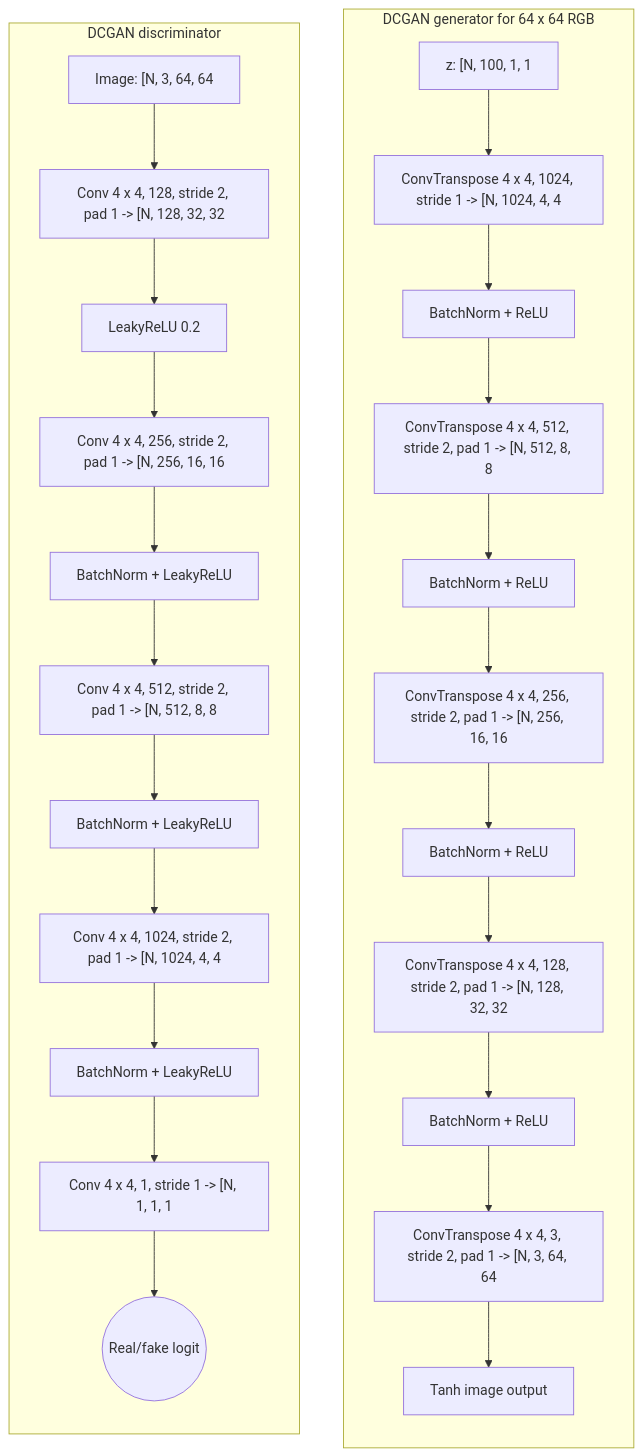
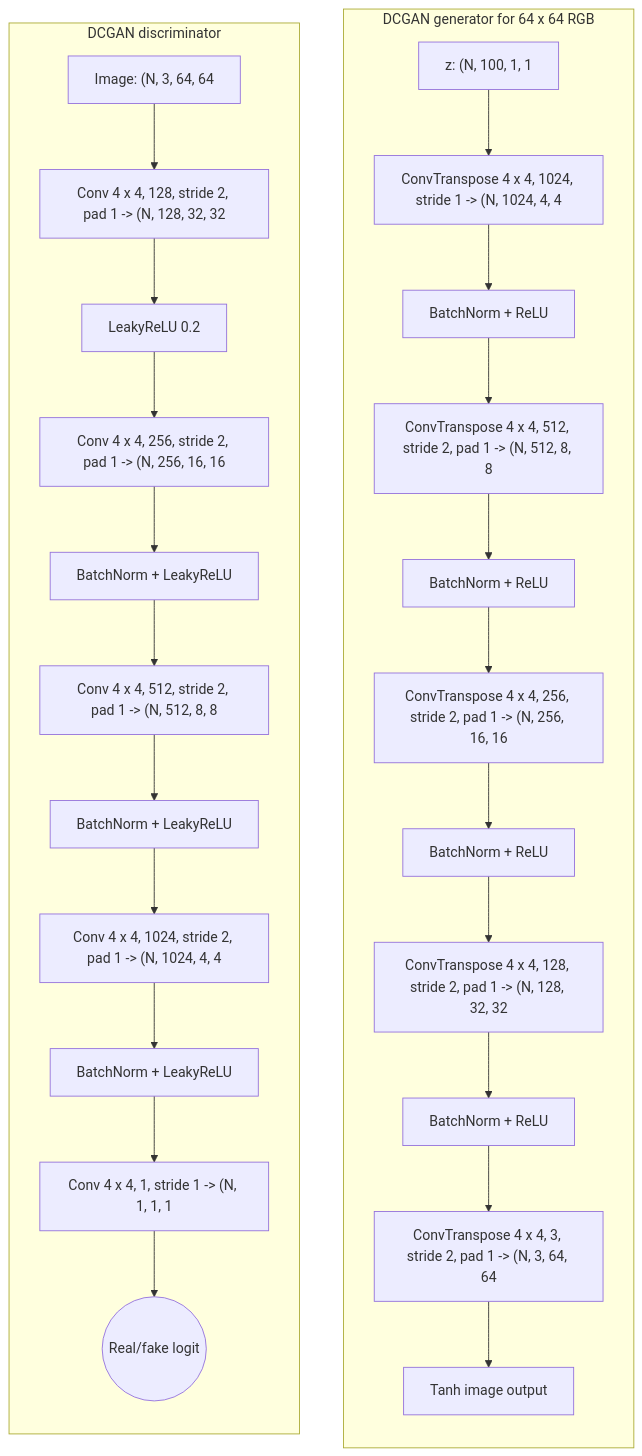
The second of 2 diagrams in docs/cs/deep-learning/generative-adversarial-networks.md (justinbrianhwang/SJ-wiki), drawn with Mermaid before and after one commit. The commit also changed other lines of this file and 64 other files, not shown here.

Commit message:
Replace unsupported Mermaid HTML entities #lsqb;/#rsqb; with parentheses (65 files, 317 replacements)

````diff
--- a/docs/cs/deep-learning/generative-adversarial-networks.md
+++ b/docs/cs/deep-learning/generative-adversarial-networks.md
@@ -99,30 +99,30 @@
 ```mermaid
 flowchart TB
   subgraph DCGANG["DCGAN generator for 64 x 64 RGB"]
     direction TB
-    Z["z: #lsqb;N, 100, 1, 1"] --> T1["ConvTranspose 4 x 4, 1024, stride 1 -> #lsqb;N, 1024, 4, 4"]
+    Z["z: (N, 100, 1, 1"] --> T1["ConvTranspose 4 x 4, 1024, stride 1 -> (N, 1024, 4, 4"]
     T1 --> B1["BatchNorm + ReLU"]
-    B1 --> T2["ConvTranspose 4 x 4, 512, stride 2, pad 1 -> #lsqb;N, 512, 8, 8"]
+    B1 --> T2["ConvTranspose 4 x 4, 512, stride 2, pad 1 -> (N, 512, 8, 8"]
     T2 --> B2["BatchNorm + ReLU"]
-    B2 --> T3["ConvTranspose 4 x 4, 256, stride 2, pad 1 -> #lsqb;N, 256, 16, 16"]
+    B2 --> T3["ConvTranspose 4 x 4, 256, stride 2, pad 1 -> (N, 256, 16, 16"]
     T3 --> B3["BatchNorm + ReLU"]
-    B3 --> T4["ConvTranspose 4 x 4, 128, stride 2, pad 1 -> #lsqb;N, 128, 32, 32"]
+    B3 --> T4["ConvTranspose 4 x 4, 128, stride 2, pad 1 -> (N, 128, 32, 32"]
     T4 --> B4["BatchNorm + ReLU"]
-    B4 --> T5["ConvTranspose 4 x 4, 3, stride 2, pad 1 -> #lsqb;N, 3, 64, 64"]
+    B4 --> T5["ConvTranspose 4 x 4, 3, stride 2, pad 1 -> (N, 3, 64, 64"]
     T5 --> Tanh["Tanh image output"]
   end
 
   subgraph DCGAND["DCGAN discriminator"]
     direction TB
-    Img["Image: #lsqb;N, 3, 64, 64"] --> C1["Conv 4 x 4, 128, stride 2, pad 1 -> #lsqb;N, 128, 32, 32"]
+    Img["Image: (N, 3, 64, 64"] --> C1["Conv 4 x 4, 128, stride 2, pad 1 -> (N, 128, 32, 32"]
     C1 --> L1["LeakyReLU 0.2"]
-    L1 --> C2["Conv 4 x 4, 256, stride 2, pad 1 -> #lsqb;N, 256, 16, 16"]
+    L1 --> C2["Conv 4 x 4, 256, stride 2, pad 1 -> (N, 256, 16, 16"]
     C2 --> D2["BatchNorm + LeakyReLU"]
-    D2 --> C3["Conv 4 x 4, 512, stride 2, pad 1 -> #lsqb;N, 512, 8, 8"]
+    D2 --> C3["Conv 4 x 4, 512, stride 2, pad 1 -> (N, 512, 8, 8"]
     C3 --> D3["BatchNorm + LeakyReLU"]
-    D3 --> C4["Conv 4 x 4, 1024, stride 2, pad 1 -> #lsqb;N, 1024, 4, 4"]
+    D3 --> C4["Conv 4 x 4, 1024, stride 2, pad 1 -> (N, 1024, 4, 4"]
     C4 --> D4["BatchNorm + LeakyReLU"]
-    D4 --> C5["Conv 4 x 4, 1, stride 1 -> #lsqb;N, 1, 1, 1"]
+    D4 --> C5["Conv 4 x 4, 1, stride 1 -> (N, 1, 1, 1"]
     C5 --> Logit(("Real/fake logit"))
   end
 ```
````
